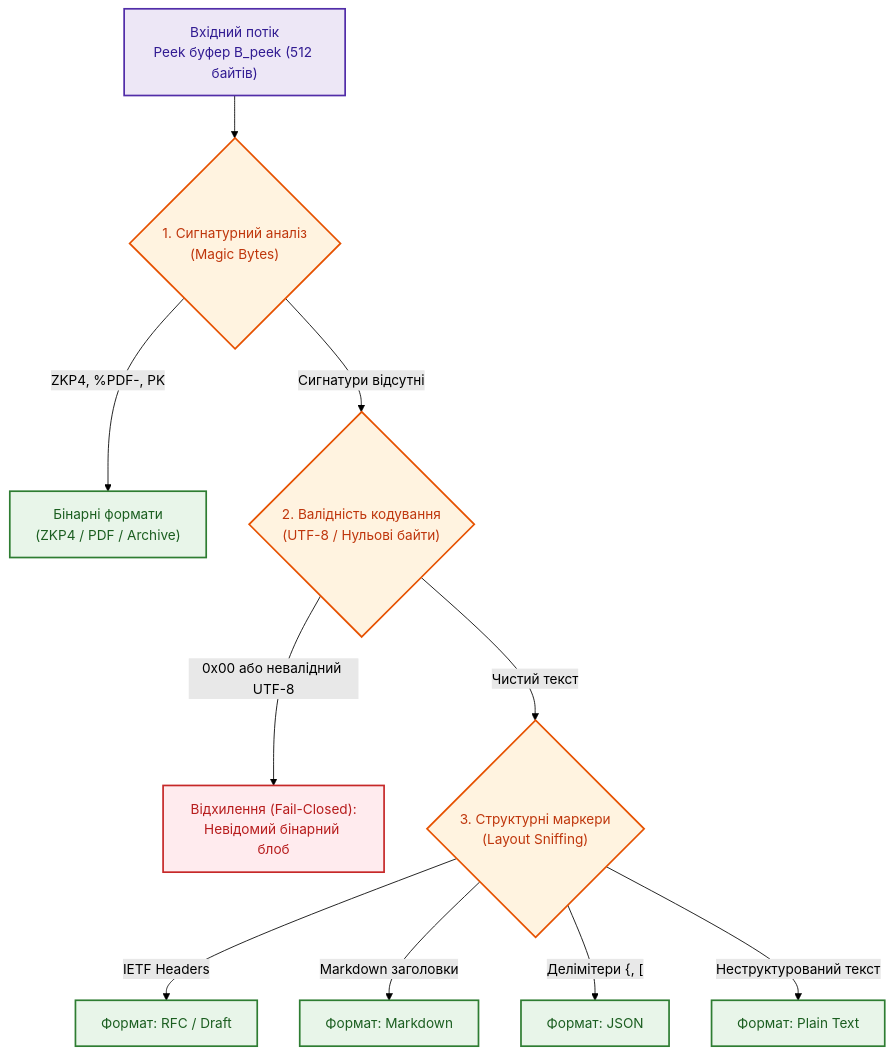
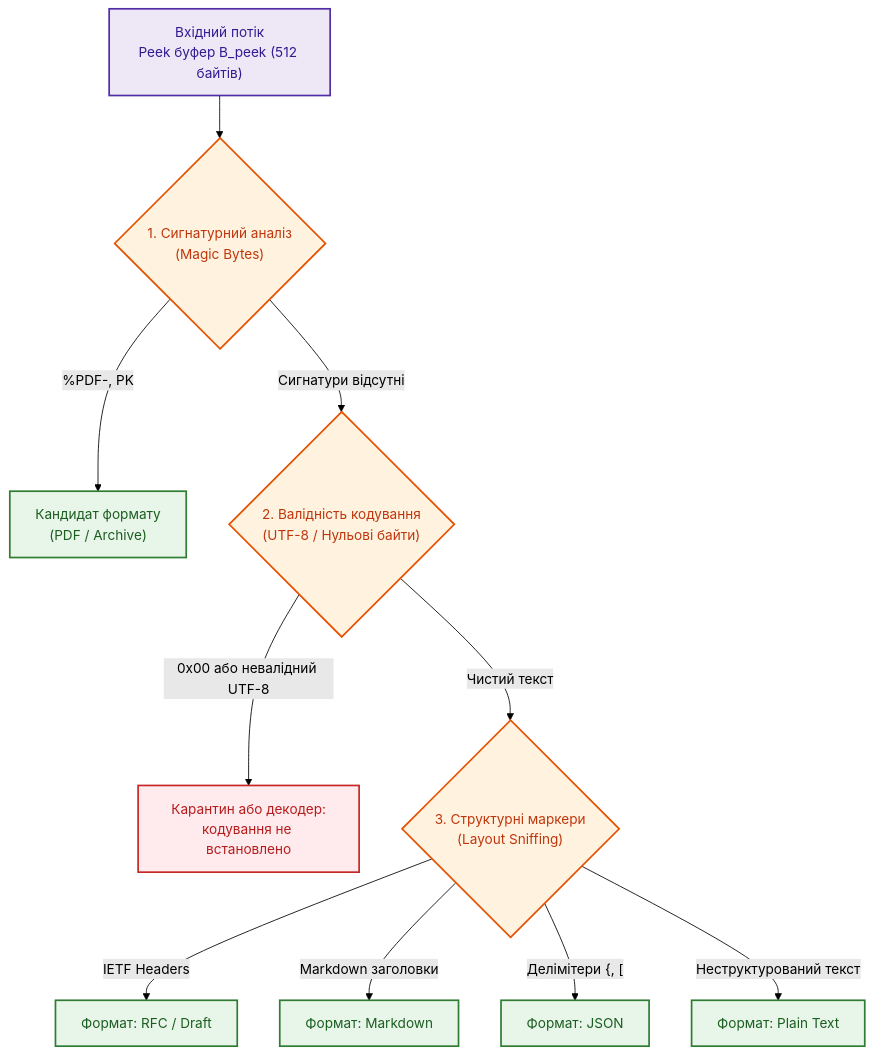
One commit to nick-fedchik/articles changed the ninth of 15 diagrams in ExpertSystem/ch10-knowledge-acquisition-systems.md. Above: the diagram before and after it, drawn with Mermaid (forest theme). The commit also changed other lines of this file and 8 other files, not shown here.

````diff
--- a/ExpertSystem/ch10-knowledge-acquisition-systems.md
+++ b/ExpertSystem/ch10-knowledge-acquisition-systems.md
@@ -934,25 +1110,25 @@
 ```mermaid
 flowchart TD
     accTitle: Каскад багаторівневої детекції формату даних
     accDescr: Послідовна перевірка магічних байтів, валідності текстового кодування та синтаксичних маркерів із відсіканням невідповідних форматів.
 
     Input["Вхідний потік<br/>Peek буфер B_peek (512 байтів)"] --> L1{"1. Сигнатурний аналіз<br/>(Magic Bytes)"}
-    L1 -->|"ZKP4, %PDF-, PK"| KnownBinary["Бінарні формати<br/>(ZKP4 / PDF / Archive)"]
+    L1 -->|"%PDF-, PK"| KnownBinary["Кандидат формату<br/>(PDF / Archive)"]
     L1 -->|"Сигнатури відсутні"| L2{"2. Валідність кодування<br/>(UTF-8 / Нульові байти)"}
-    L2 -->|"0x00 або невалідний UTF-8"| RejectBinary["Відхилення (Fail-Closed):<br/>Невідомий бінарний блоб"]
+    L2 -->|"0x00 або невалідний UTF-8"| RejectBinary["Карантин або декодер:<br/>кодування не встановлено"]
     L2 -->|"Чистий текст"| L3{"3. Структурні маркери<br/>(Layout Sniffing)"}
     L3 -->|"IETF Headers"| F_RFC["Формат: RFC / Draft"]
     L3 -->|"Markdown заголовки"| F_MD["Формат: Markdown"]
     L3 -->|"Делімітери {, ["| F_JSON["Формат: JSON"]
     L3 -->|"Неструктурований текст"| F_TXT["Формат: Plain Text"]
 
     classDef in fill:#ede7f6,stroke:#512da8,stroke-width:2px,color:#311b92;
     classDef check fill:#fff3e0,stroke:#e65100,stroke-width:2px,color:#bf360c;
     classDef fmt fill:#e8f5e9,stroke:#2e7d32,stroke-width:2px,color:#1b5e20;
     classDef rej fill:#ffebee,stroke:#c62828,stroke-width:2px,color:#b71c1c;
 
     class Input in;
     class L1,L2,L3 check;
     class KnownBinary,F_RFC,F_MD,F_JSON,F_TXT fmt;
     class RejectBinary rej;
 ```
````
